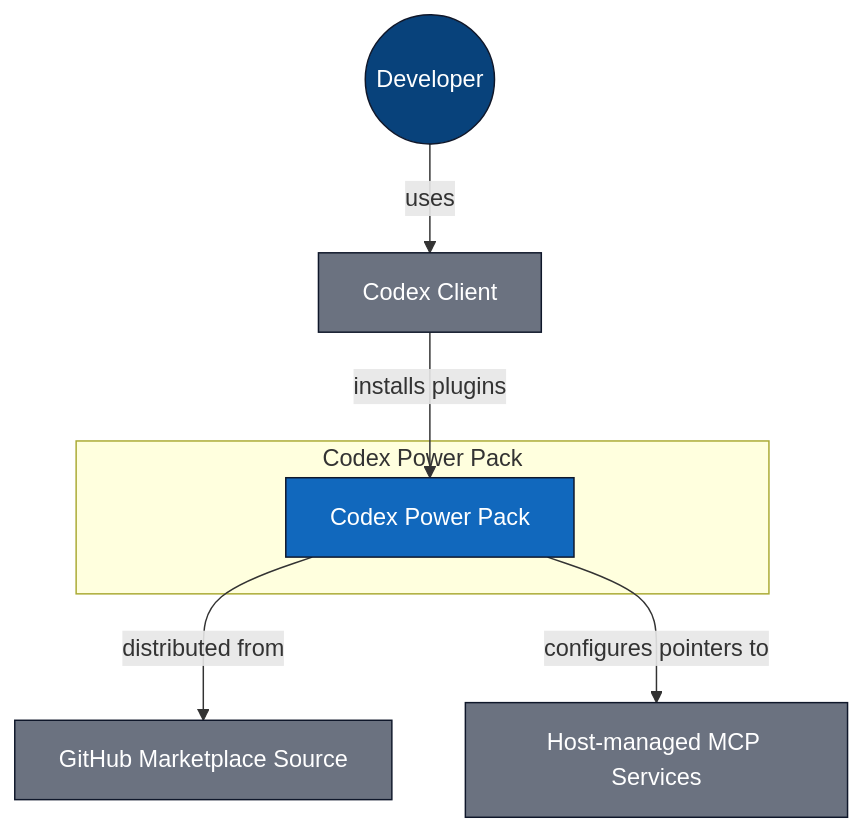
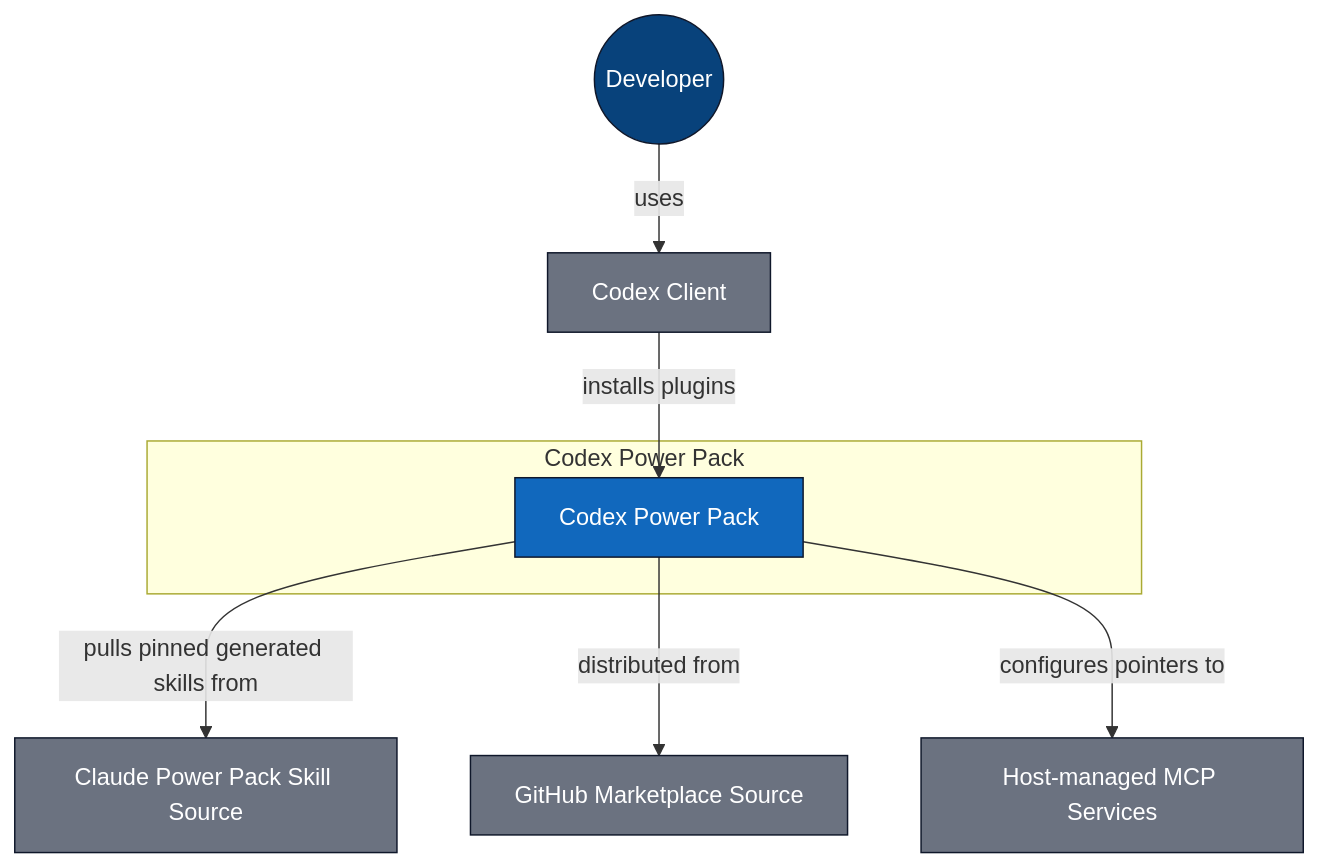
One commit to cooneycw/codex-power-pack changed the first of 4 diagrams in docs/architecture/index.md. Above: the diagram before and after it, drawn with Mermaid. The commit also changed other lines of this file and 102 other files, not shown here.

Commit message:
fix(flow): make vendored helpers installation-aware (Closes #139) (#141)

````diff
--- a/docs/architecture/index.md
+++ b/docs/architecture/index.md
@@ -7,17 +7,19 @@
 ```mermaid
 flowchart TB
   subgraph cxpp_boundary["Codex Power Pack"]
     cxpp["Codex Power Pack"]:::system_focus
   end
   developer(("Developer")):::person
   codex["Codex Client"]:::system
+  cpp["Claude Power Pack Skill Source"]:::system
   github["GitHub Marketplace Source"]:::system
   host_mcp["Host-managed MCP Services"]:::system
   developer -->|"uses"| codex
   codex -->|"installs plugins"| cxpp
+  cxpp -->|"pulls pinned generated skills from"| cpp
   cxpp -->|"distributed from"| github
   cxpp -->|"configures pointers to"| host_mcp
   classDef person fill:#08427b,color:#ffffff,stroke:#0f172a
   classDef system fill:#6b7280,color:#ffffff,stroke:#0f172a
   classDef system_focus fill:#1168bd,color:#ffffff,stroke:#0f172a
 ```
````
